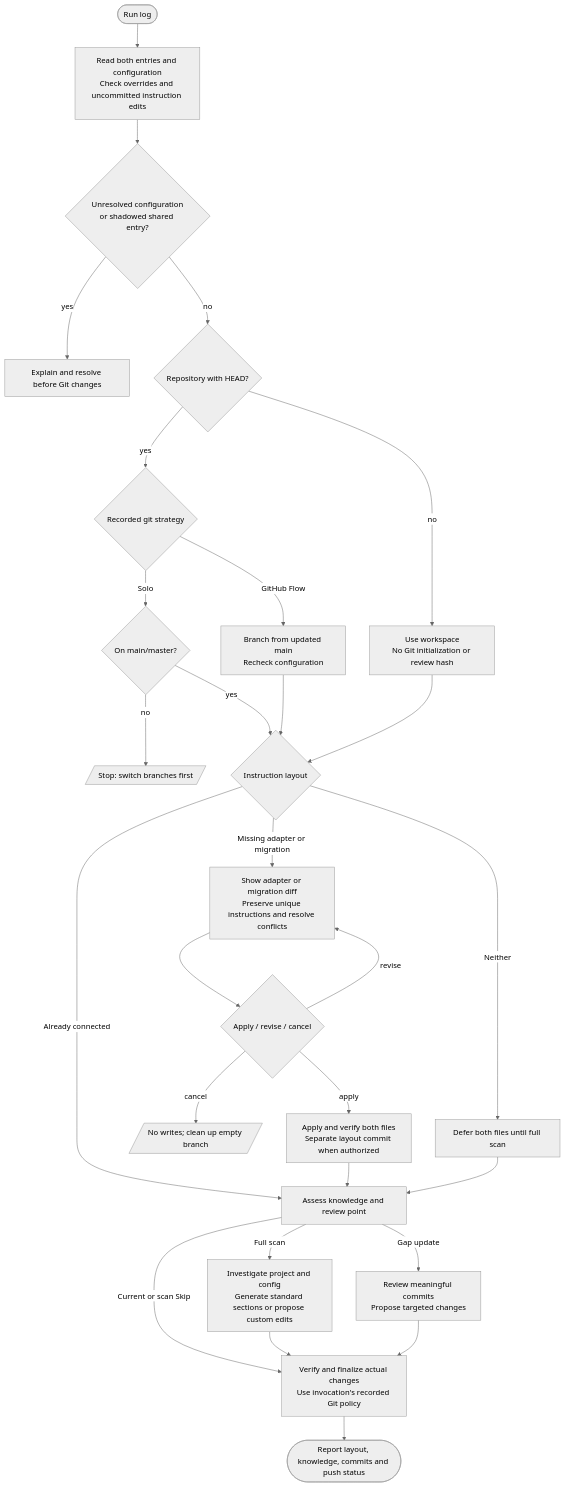
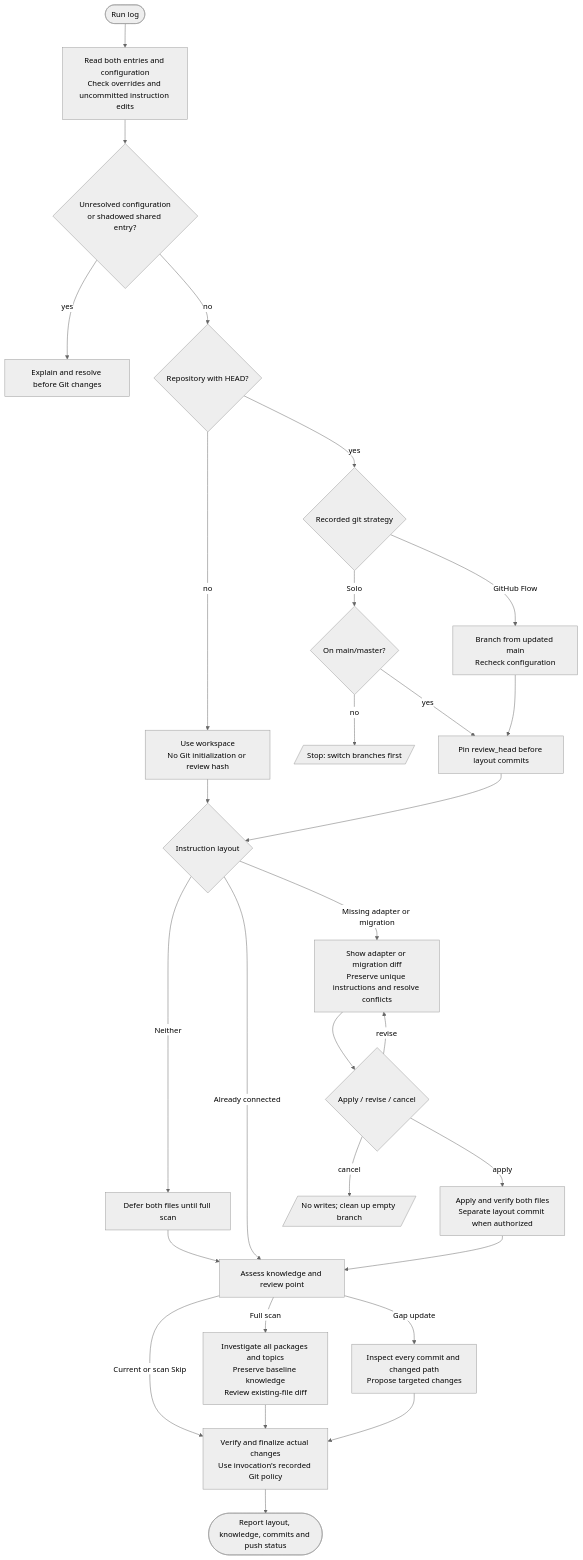
One commit to myowinthein/agent-helm changed the diagram in docs/commands/log.md. Above: the diagram before and after it, drawn with Mermaid (neutral theme). The commit also changed other lines of this file and 1 other file, not shown here.

Commit message:
fix(log): preserve knowledge and validate review checkpoints

````diff
--- a/docs/commands/log.md
+++ b/docs/commands/log.md
@@ -15,31 +15,32 @@
 ```mermaid
 flowchart TD
   Start([Run log]) --> Preflight[Read both entries and configuration<br/>Check overrides and uncommitted instruction edits]
   Preflight --> Conflict{Unresolved configuration<br/>or shadowed shared entry?}
   Conflict -->|yes| Resolve[Explain and resolve before Git changes]
   Conflict -->|no| Git{Repository with HEAD?}
   Git -->|no| Workspace[Use workspace<br/>No Git initialization or review hash]
   Git -->|yes| Strategy{Recorded git strategy}
   Strategy -->|Solo| Solo{On main/master?}
   Solo -->|no| Stop[/Stop: switch branches first/]
-  Solo -->|yes| Layout
+  Solo -->|yes| Snapshot
   Strategy -->|GitHub Flow| Branch[Branch from updated main<br/>Recheck configuration]
-  Branch --> Layout
+  Branch --> Snapshot[Pin review_head before layout commits]
+  Snapshot --> Layout
   Workspace --> Layout
   Layout{Instruction layout}
   Layout -->|Neither| Fresh[Defer both files until full scan]
   Layout -->|Already connected| Assess
   Layout -->|Missing adapter or migration| Proposal[Show adapter or migration diff<br/>Preserve unique instructions and resolve conflicts]
   Proposal --> Approval{Apply / revise / cancel}
   Approval -->|revise| Proposal
   Approval -->|cancel| Cleanup[/No writes; clean up empty branch/]
   Approval -->|apply| Verify[Apply and verify both files<br/>Separate layout commit when authorized]
   Verify --> Assess
   Fresh --> Assess[Assess knowledge and review point]
   Assess -->|Current or scan Skip| Finalize
-  Assess -->|Full scan| Full[Investigate project and config<br/>Generate standard sections or propose custom edits]
-  Assess -->|Gap update| Gap[Review meaningful commits<br/>Propose targeted changes]
+  Assess -->|Full scan| Full[Investigate all packages and topics<br/>Preserve baseline knowledge<br/>Review existing-file diff]
+  Assess -->|Gap update| Gap[Inspect every commit and changed path<br/>Propose targeted changes]
   Full --> Finalize[Verify and finalize actual changes<br/>Use invocation's recorded Git policy]
   Gap --> Finalize
   Finalize --> Report([Report layout, knowledge, commits and push status])
 ```
````
